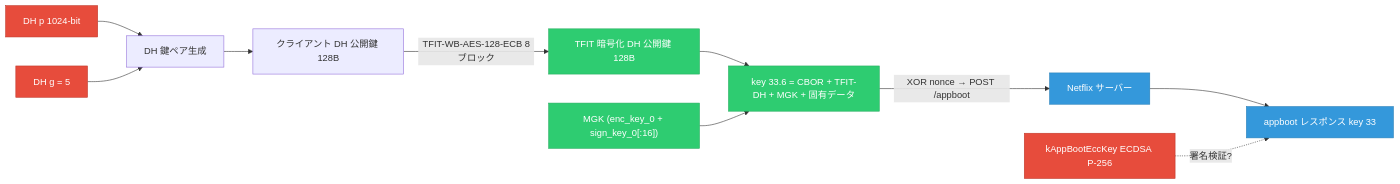
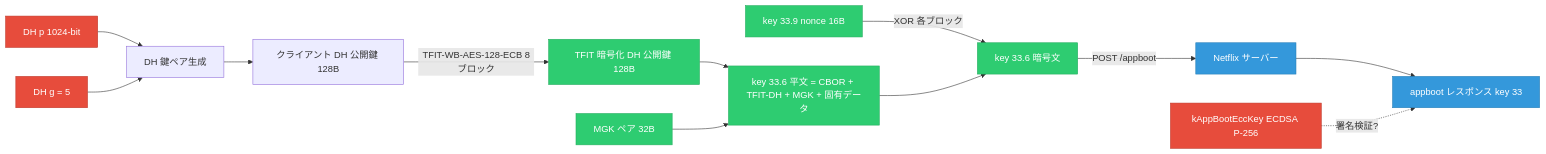
Before and after one commit to qtmleap/revkit: the second of 9 diagrams in docs/spec/msl_key_relationship.md, drawn with Mermaid. The commit also changed other lines of this file, not shown here.

Commit message:
docs(spec): Phase 1 図に key 33.9 nonce → XOR の入力矢印を追加
key 33.6 の XOR エンコードに使う nonce (key 33.9) が
図に入力として示されていなかった問題を修正。
ハードコード nonce (0x1AC905) との混同を避ける注釈も追加。

````diff
--- a/docs/spec/msl_key_relationship.md
+++ b/docs/spec/msl_key_relationship.md
@@ -29,21 +29,25 @@
 ```mermaid
 graph LR
     DH_P["DH p 1024-bit"] --> DH_GEN["DH 鍵ペア生成"]
     DH_G["DH g = 5"] --> DH_GEN
     DH_GEN --> DH_PUB["クライアント DH 公開鍵 128B"]
     DH_PUB -->|TFIT-WB-AES-128-ECB 8ブロック| TFIT_DH["TFIT 暗号化 DH 公開鍵 128B"]
-    TFIT_DH --> KEY336_REQ["key 33.6 = CBOR + TFIT-DH + MGK + 固有データ"]
-    MGK["MGK (enc_key_0 + sign_key_0[:16])"] --> KEY336_REQ
-    KEY336_REQ -->|XOR nonce → POST /appboot| SERVER["Netflix サーバー"]
+    TFIT_DH --> KEY336_PT["key 33.6 平文 = CBOR + TFIT-DH + MGK + 固有データ"]
+    MGK["MGK ペア 32B"] --> KEY336_PT
+    NONCE_SRV["key 33.9 nonce 16B"] -->|XOR 各ブロック| KEY336_ENC["key 33.6 暗号文"]
+    KEY336_PT --> KEY336_ENC
+    KEY336_ENC -->|POST /appboot| SERVER["Netflix サーバー"]
     SERVER --> DH_RESP["appboot レスポンス key 33"]
     ECC_BOOT["kAppBootEccKey ECDSA P-256"] -.->|署名検証?| DH_RESP
 
     style DH_P fill:#e74c3c,stroke:#c0392b,color:#fff
     style DH_G fill:#e74c3c,stroke:#c0392b,color:#fff
     style ECC_BOOT fill:#e74c3c,stroke:#c0392b,color:#fff
+    style NONCE_SRV fill:#2ecc71,stroke:#27ae60,color:#fff
     style SERVER fill:#3498db,stroke:#2980b9,color:#fff
     style DH_RESP fill:#3498db,stroke:#2980b9,color:#fff
     style TFIT_DH fill:#2ecc71,stroke:#27ae60,color:#fff
-    style KEY336_REQ fill:#2ecc71,stroke:#27ae60,color:#fff
+    style KEY336_PT fill:#2ecc71,stroke:#27ae60,color:#fff
+    style KEY336_ENC fill:#2ecc71,stroke:#27ae60,color:#fff
     style MGK fill:#2ecc71,stroke:#27ae60,color:#fff
 ```
````
